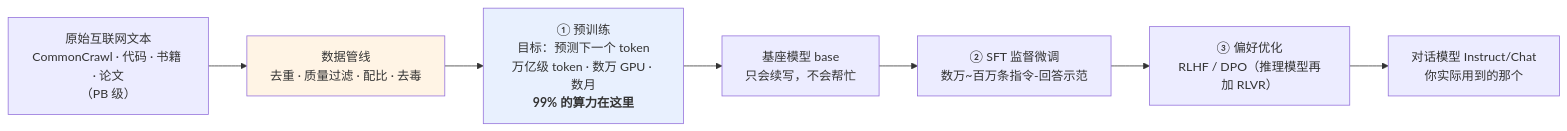
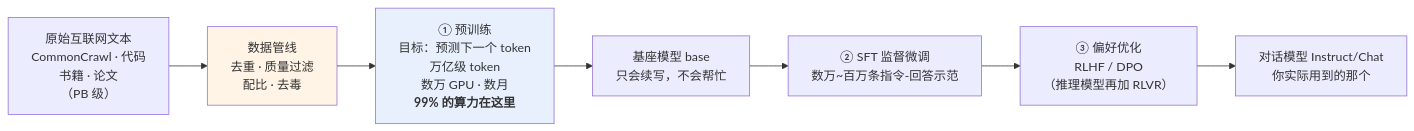
One commit to geekchow/technical-knowledge changed the diagram in ai/llm-fundamentals/06-training-pipeline.zh.md. Above: the diagram before and after it, drawn with Mermaid. The commit also changed 9 other files, not shown here.

Commit message:
fix mermaid label store issue.

````diff
--- a/ai/llm-fundamentals/06-training-pipeline.zh.md
+++ b/ai/llm-fundamentals/06-training-pipeline.zh.md
@@ -29,12 +29,12 @@
 ```mermaid
 flowchart LR
-    RAW["原始互联网文本<br/>CommonCrawl · 代码 · 书籍 · 论文<br/>（PB 级）"] --> CLEAN["数据管线<br/>去重 · 质量过滤 · 配比 · 去毒"]
-    CLEAN --> PT["① 预训练<br/>目标：预测下一个 token<br/>万亿级 token · 数万 GPU · 数月<br/><b>99% 的算力在这里</b>"]
+    RAW["原始互联网文本<br/>CommonCrawl · 代码<br/>书籍 · 论文<br/>（PB 级）"] --> CLEAN["数据管线<br/>去重 · 质量过滤<br/>配比 · 去毒"]
+    CLEAN --> PT["① 预训练<br/>目标：预测下一个 token<br/>万亿级 token<br/>数万 GPU · 数月<br/><b>99% 的算力在这里</b>"]
     PT --> BASE["基座模型 base<br/>只会续写，不会帮忙"]
     BASE --> SFT["② SFT 监督微调<br/>数万~百万条指令-回答示范"]
-    SFT --> RL["③ 偏好优化<br/>RLHF / DPO（推理模型再加 RLVR）"]
+    SFT --> RL["③ 偏好优化<br/>RLHF / DPO<br/>（推理模型再加 RLVR）"]
     RL --> FINAL["对话模型 Instruct/Chat<br/>你实际用到的那个"]
 
     style PT fill:#e8f0fe
     style CLEAN fill:#fff4e5
 ```
````
